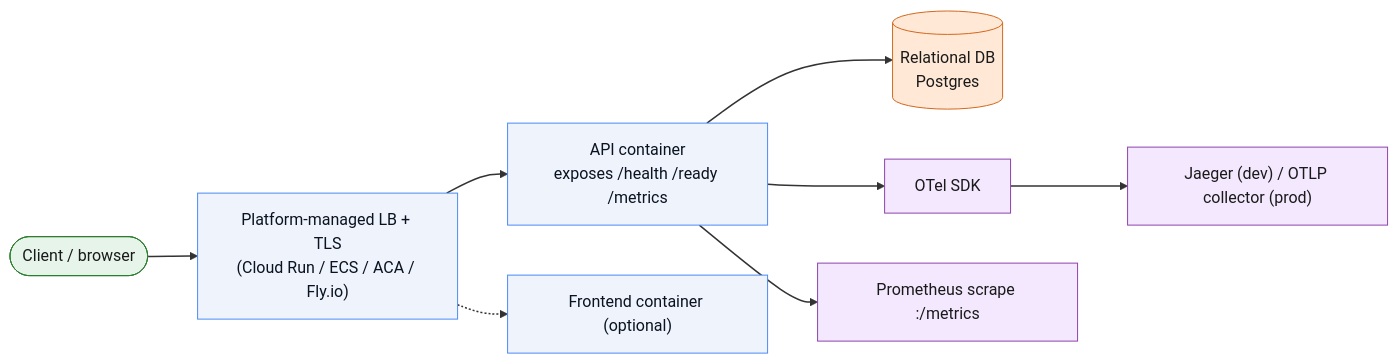
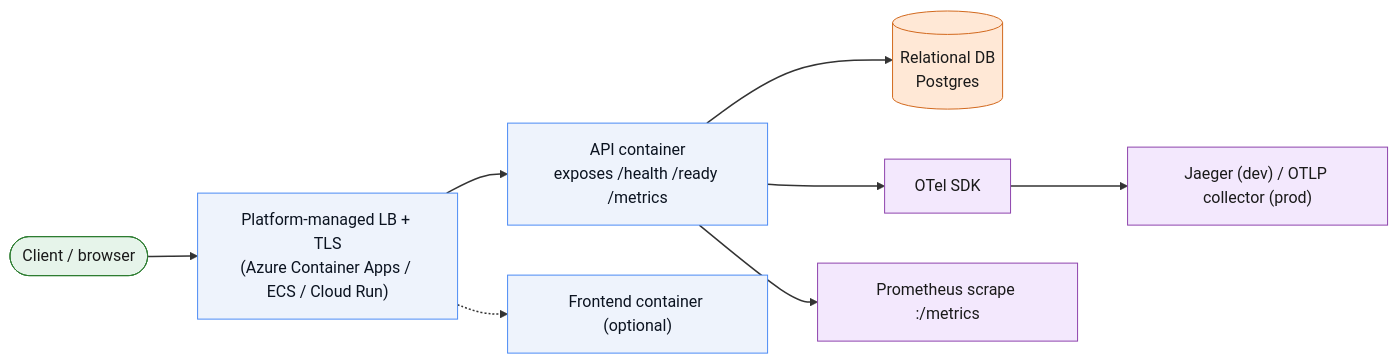
The diagram in docs/ARCHITECTURE-FIT.md (jaricsng/platform-starter-kit), drawn with Mermaid before and after one commit. The commit also changed other lines of this file and 16 other files, not shown here.

````diff
--- a/docs/ARCHITECTURE-FIT.md
+++ b/docs/ARCHITECTURE-FIT.md
@@ -10,21 +10,21 @@
 ```mermaid
 flowchart LR
-    client(["Client / browser"]) --> lb["Platform-managed LB + TLS\n(Cloud Run / ECS / ACA / Fly.io)"]
+    client(["Client / browser"]) --> lb["Platform-managed LB + TLS\n(Azure Container Apps / ECS / Cloud Run)"]
     lb --> api["API container\nexposes /health /ready /metrics"]
     lb -.-> fe["Frontend container (optional)"]
     api --> db[("Relational DB\nPostgres")]
     api --> otel["OTel SDK"]
     otel --> collector["Jaeger (dev) / OTLP collector (prod)"]
     api --> prom["Prometheus scrape :/metrics"]
 
     classDef terminal fill:#e6f4ea,stroke:#2e7d32,color:#1a1a1a,stroke-width:1px;
     classDef app fill:#eef3fc,stroke:#4c8bf5,color:#0b1320,stroke-width:1px;
     classDef data fill:#ffe8d6,stroke:#d2691e,color:#1a1a1a,stroke-width:1px;
     classDef obs fill:#f3e8fd,stroke:#8e44ad,color:#1a1a1a,stroke-width:1px;
     class client terminal;
     class lb,api,fe app;
     class db data;
     class otel,collector,prom obs;
 
     linkStyle default stroke:#333333,stroke-width:1.5px;
 ```
````
